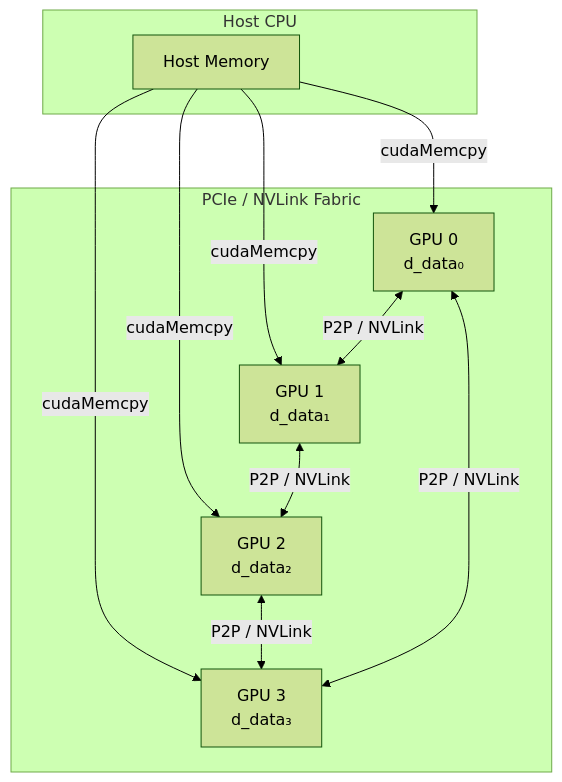
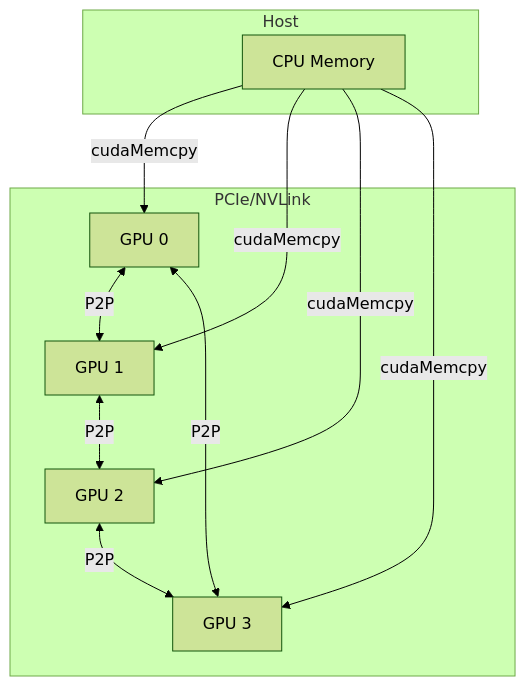
The first of 3 diagrams in Part-09-Projects/P14_Multi_GPU_Reduction.md (dkkh87/CPP-CUDA-Mastery), drawn with Mermaid (forest theme) before and after one commit. The commit also changed other lines of this file, not shown here.

First line of the commit message:
Add Project 14: Multi-GPU Parallel Reduction with NCCL

````diff
--- a/Part-09-Projects/P14_Multi_GPU_Reduction.md
+++ b/Part-09-Projects/P14_Multi_GPU_Reduction.md
@@ -26,20 +24,13 @@
 ```mermaid
 graph TD
-    subgraph "Host CPU"
-        H[Host Memory]
+    subgraph Host
+        H[CPU Memory]
     end
-    subgraph "PCIe / NVLink Fabric"
-        GPU0[GPU 0<br/>d_data₀]
-        GPU1[GPU 1<br/>d_data₁]
-        GPU2[GPU 2<br/>d_data₂]
-        GPU3[GPU 3<br/>d_data₃]
+    subgraph PCIe/NVLink
+        G0[GPU 0] <-->|P2P| G1[GPU 1]
+        G1 <-->|P2P| G2[GPU 2]
+        G2 <-->|P2P| G3[GPU 3]
+        G3 <-->|P2P| G0
     end
-    H -->|cudaMemcpy| GPU0
-    H -->|cudaMemcpy| GPU1
-    H -->|cudaMemcpy| GPU2
-    H -->|cudaMemcpy| GPU3
-    GPU0 <-->|P2P / NVLink| GPU1
-    GPU1 <-->|P2P / NVLink| GPU2
-    GPU2 <-->|P2P / NVLink| GPU3
-    GPU3 <-->|P2P / NVLink| GPU0
+    H -->|cudaMemcpy| G0 & G1 & G2 & G3
 ```
````
